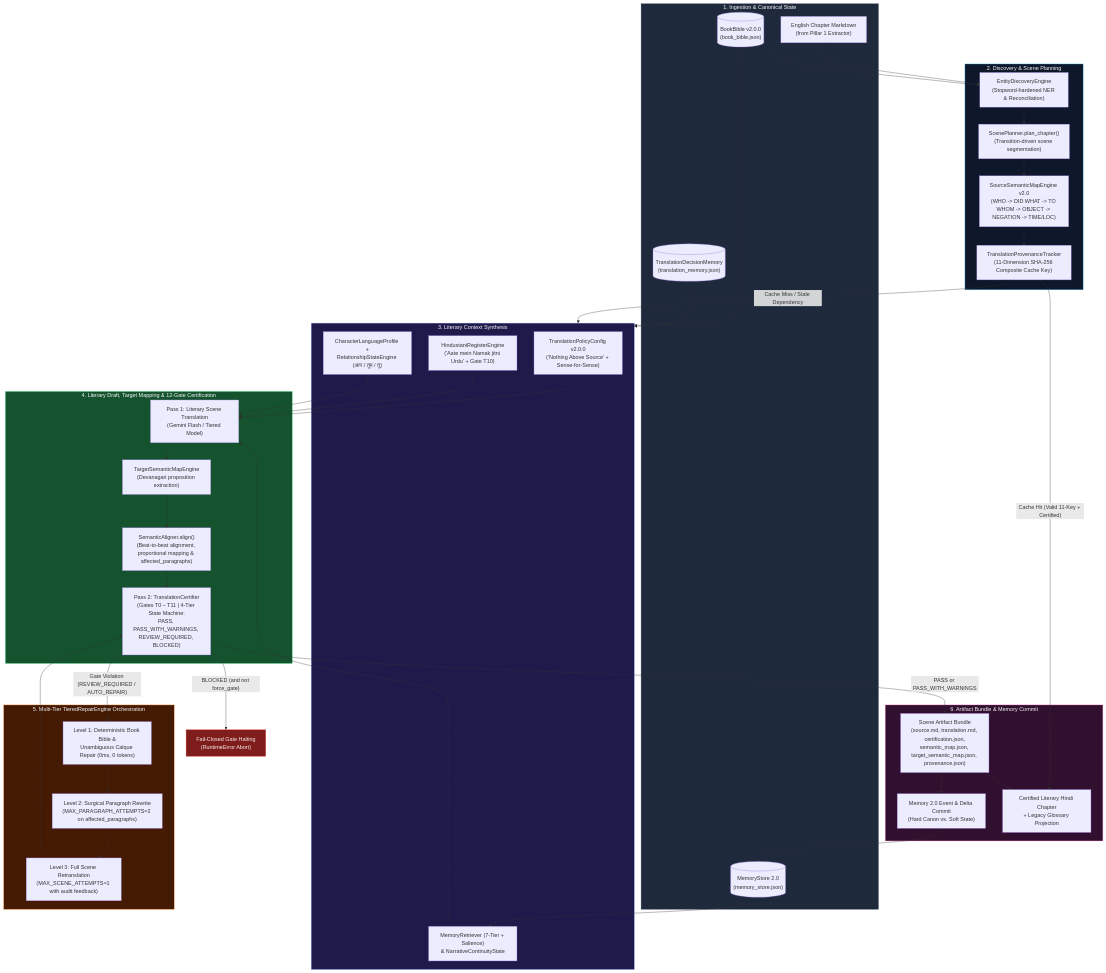
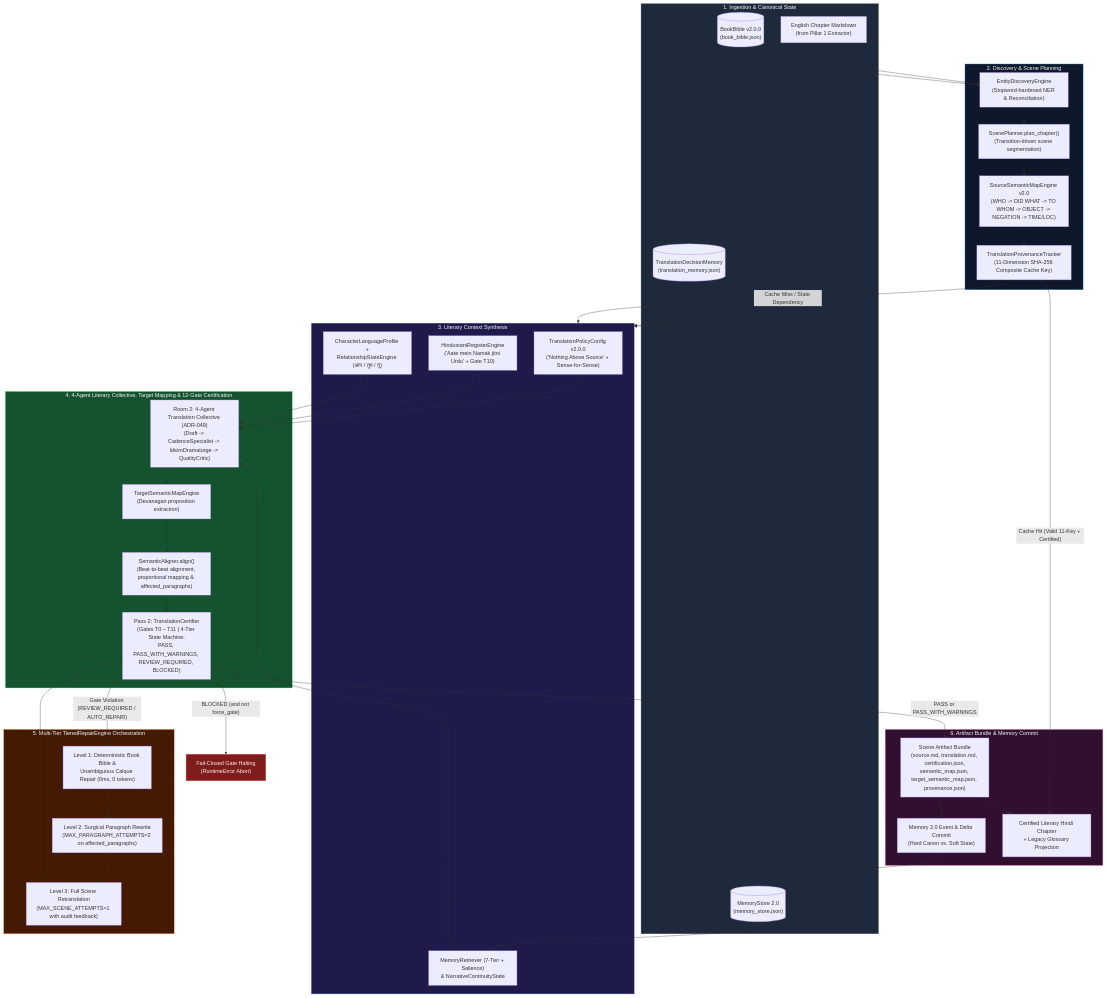
One commit to naksh-07/audiobook-maker changed the first of 7 diagrams in docs/LITERARY_TRANSLATION_INTELLIGENCE.md. Above: the diagram before and after it, drawn with Mermaid. The commit also changed 39 other files, not shown here.

First line of the commit message:
feat(engine): implement hollywood end-to-end multi-agent architecture (ADR-049)

````diff
--- a/docs/LITERARY_TRANSLATION_INTELLIGENCE.md
+++ b/docs/LITERARY_TRANSLATION_INTELLIGENCE.md
@@ -35,75 +35,75 @@
 ```mermaid
 flowchart TD
     subgraph Input ["1. Ingestion & Canonical State"]
         SRC["English Chapter Markdown<br/>(from Pillar 1 Extractor)"]
         BB[("BookBible v2.0.0<br/>(book_bible.json)")]
         MEM[("MemoryStore 2.0<br/>(memory_store.json)")]
         TDM[("TranslationDecisionMemory<br/>(translation_memory.json)")]
     end
 
     subgraph PreFlight ["2. Discovery & Scene Planning"]
         ED["EntityDiscoveryEngine<br/>(Stopword-hardened NER & Reconciliation)"]
         SP["ScenePlanner.plan_chapter()<br/>(Transition-driven scene segmentation)"]
         SSM["SourceSemanticMapEngine v2.0<br/>(WHO -> DID WHAT -> TO WHOM -> OBJECT -> NEGATION -> TIME/LOC)"]
         PROV["TranslationProvenanceTracker<br/>(11-Dimension SHA-256 Composite Cache Key)"]
     end
 
     subgraph ContextAssembly ["3. Literary Context Synthesis"]
         POL["TranslationPolicyConfig v2.0.0<br/>('Nothing Above Source' + Sense-for-Sense)"]
         HRE["HindustaniRegisterEngine<br/>('Aate mein Namak jitni Urdu' + Gate T10)"]
         CLP["CharacterLanguageProfile +<br/>RelationshipStateEngine (आप / तुम / तू)"]
         MR["MemoryRetriever (7-Tier + Salience)<br/>& NarrativeContinuityState"]
     end
 
-    subgraph DraftAndCertify ["4. Literary Draft, Target Mapping & 12-Gate Certification"]
-        DRAFT["Pass 1: Literary Scene Translation<br/>(Gemini Flash / Tiered Model)"]
+    subgraph DraftAndCertify ["4. 4-Agent Literary Collective, Target Mapping & 12-Gate Certification"]
+        DRAFT["Room 2: 4-Agent Translation Collective (ADR-049)<br/>(Draft -> CadenceSpecialist -> IdiomDramaturge -> QualityCritic)"]
         TSM["TargetSemanticMapEngine<br/>(Devanagari proposition extraction)"]
         ALIGN["SemanticAligner.align()<br/>(Beat-to-beat alignment, proportional mapping & affected_paragraphs)"]
         CERT["Pass 2: TranslationCertifier<br/>(Gates T0 – T11 | 4-Tier State Machine:<br/>PASS, PASS_WITH_WARNINGS, REVIEW_REQUIRED, BLOCKED)"]
     end
 
     subgraph SelfHealing ["5. Multi-Tier TieredRepairEngine Orchestration"]
         L1["Level 1: Deterministic Book Bible &<br/>Unambiguous Calque Repair (0ms, 0 tokens)"]
         L2["Level 2: Surgical Paragraph Rewrite<br/>(MAX_PARAGRAPH_ATTEMPTS=2 on affected_paragraphs)"]
         L3["Level 3: Full Scene Retranslation<br/>(MAX_SCENE_ATTEMPTS=1 with audit feedback)"]
     end
 
     subgraph Persistence ["6. Artifact Bundle & Memory Commit"]
         BUND["Scene Artifact Bundle<br/>(source.md, translation.md, certification.json,<br/>semantic_map.json, target_semantic_map.json, provenance.json)"]
         MUPD["Memory 2.0 Event & Delta Commit<br/>(Hard Canon vs. Soft State)"]
         OUT["Certified Literary Hindi Chapter<br/>+ Legacy Glossary Projection"]
     end
 
     SRC --> ED
     BB <--> ED
     ED --> SP
     SP --> SSM
     SSM --> PROV
     PROV -- "Cache Hit (Valid 11-Key + Certified)" --> OUT
     PROV -- "Cache Miss / Stale Dependency" --> ContextAssembly
 
     BB --> ContextAssembly
     MEM --> MR
     TDM --> ContextAssembly
     POL & HRE & CLP & MR --> DRAFT
     DRAFT --> TSM
     TSM --> ALIGN
     ALIGN --> CERT
 
     CERT -- "PASS or PASS_WITH_WARNINGS" --> BUND
     CERT -- "Gate Violation (REVIEW_REQUIRED / AUTO_REPAIR)" --> L1
     L1 --> L2 --> L3 --> CERT
     CERT -- "BLOCKED (and not force_gate)" --> HALT["Fail-Closed Gate Halting<br/>(RuntimeError Abort)"]
 
     BUND --> MUPD
     MUPD --> MEM
     BUND --> OUT
 
     style Input fill:#1e293b,stroke:#475569,color:#f8fafc
     style PreFlight fill:#0f172a,stroke:#38bdf8,color:#f8fafc
     style ContextAssembly fill:#1e1b4b,stroke:#818cf8,color:#f8fafc
     style DraftAndCertify fill:#14532d,stroke:#4ade80,color:#f8fafc
     style SelfHealing fill:#451a03,stroke:#fb923c,color:#f8fafc
     style Persistence fill:#31102f,stroke:#f472b6,color:#f8fafc
     style HALT fill:#7f1d1d,stroke:#ef4444,color:#fef2f2
 ```
````
